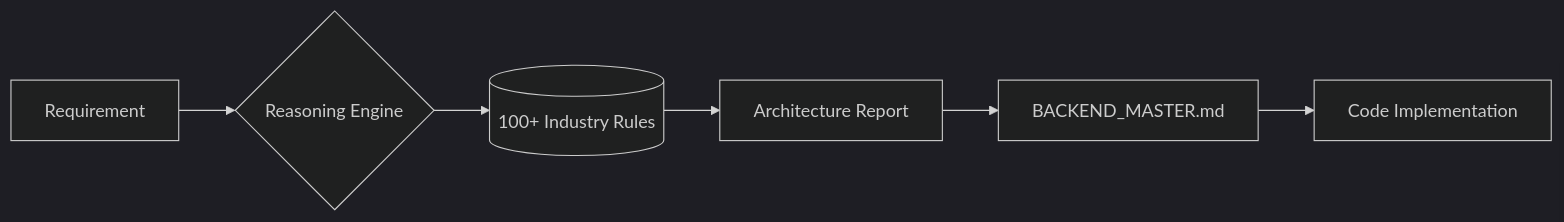
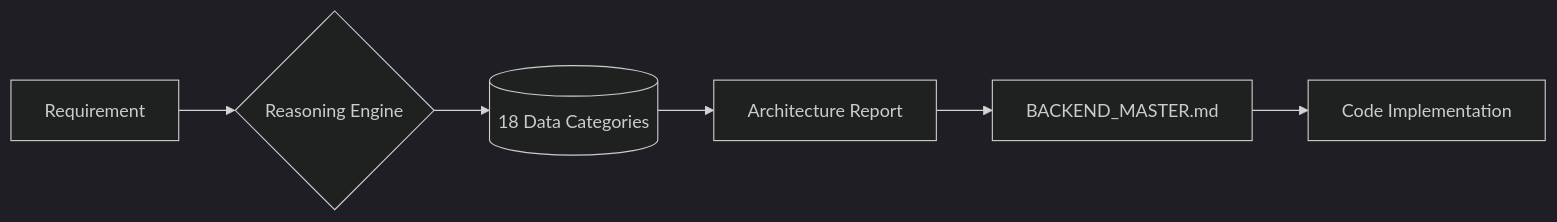
The diagram in README.md (dsoftodin22999/backend-promax-skill), drawn with Mermaid (dark theme) before and after one commit. The commit also changed other lines of this file and 17 other files, not shown here.

````diff
--- a/README.md
+++ b/README.md
@@ -108,8 +153,8 @@
 ```mermaid
 graph LR
     A[Requirement] --> B{Reasoning Engine}
-    B --> C[(100+ Industry Rules)]
+    B --> C[(18 Data Categories)]
     C --> D[Architecture Report]
     D --> E[BACKEND_MASTER.md]
     E --> F[Code Implementation]
 ```
````
